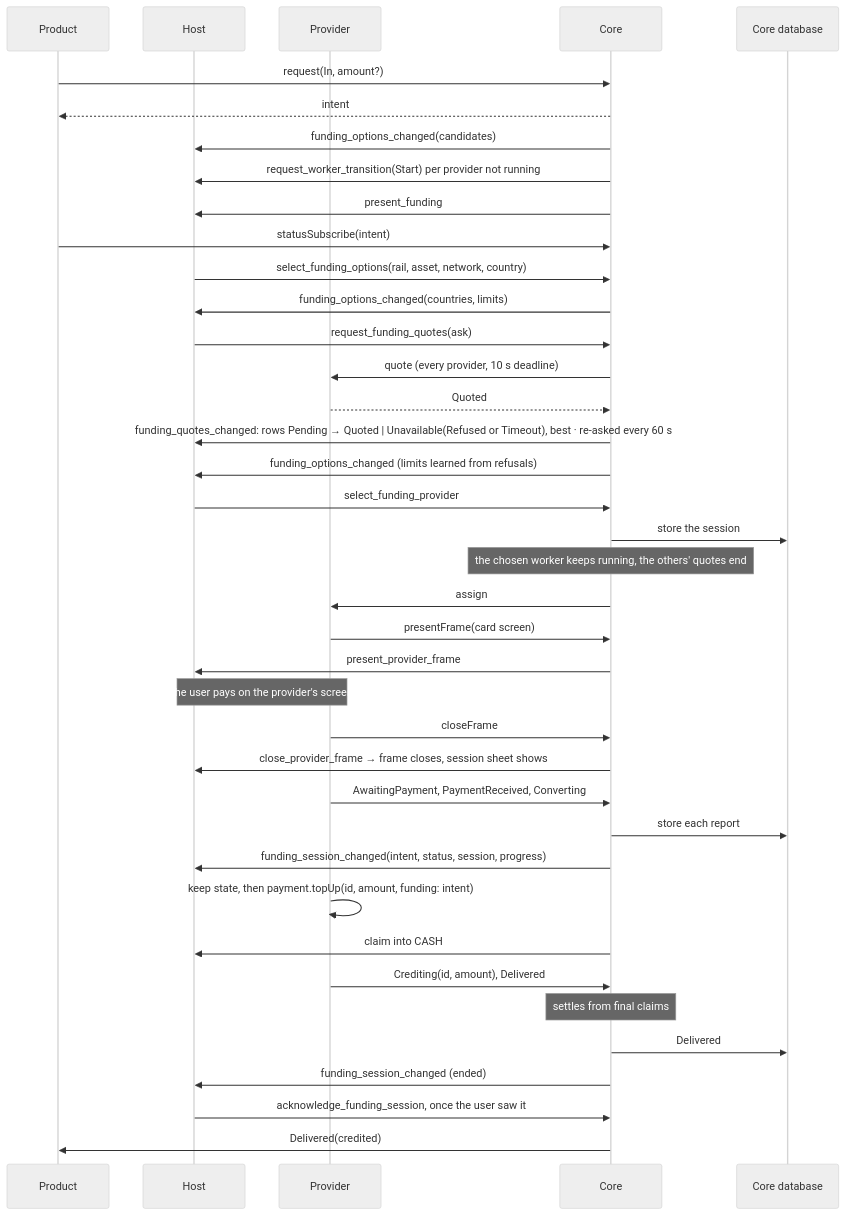
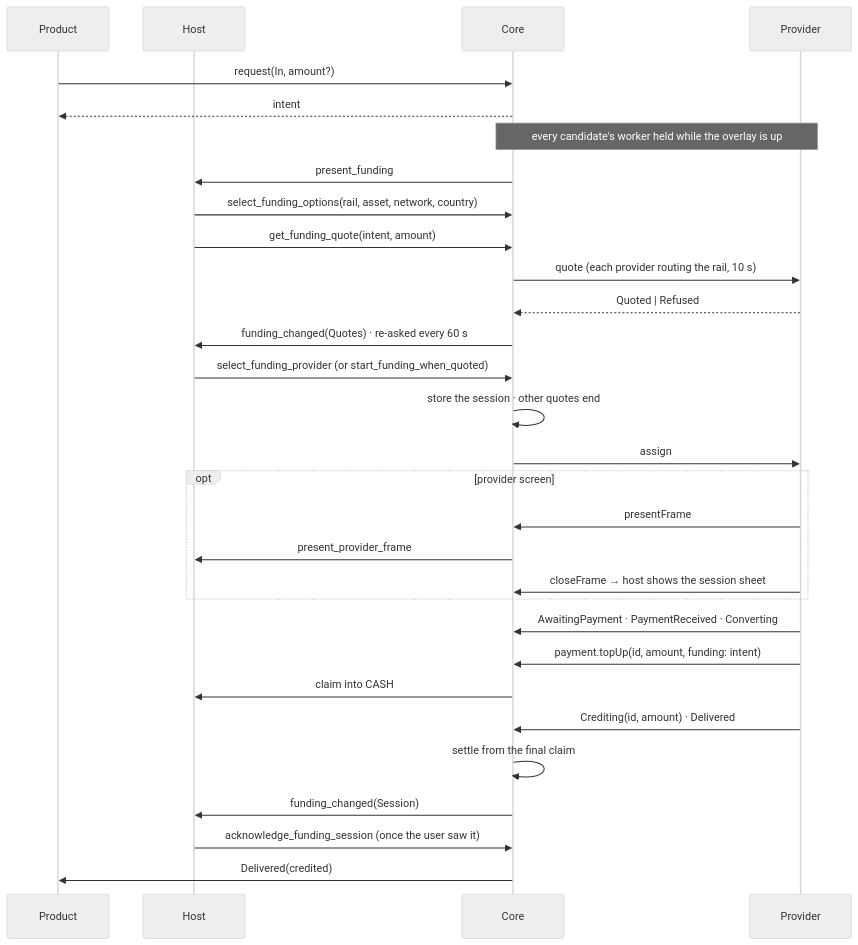
One commit to paritytech/trinity-user-agents changed the fourth of 10 diagrams in docs/design/funding-modality.md. Above: the diagram before and after it, drawn with Mermaid (neutral theme). The commit also changed other lines of this file and 1 other file, not shown here.

Commit message:
docs(funding): schematics first, host reads back what changed

````diff
--- a/docs/design/funding-modality.md
+++ b/docs/design/funding-modality.md
@@ -105,41 +98,32 @@
 ```mermaid
 sequenceDiagram
   participant P as Product
   participant H as Host
+  participant C as Core
   participant W as Provider
-  participant C as Core
-  participant D as Core database
   P->>C: request(In, amount?)
   C-->>P: intent
-  C->>H: funding_options_changed(candidates)
-  C->>H: request_worker_transition(Start) per provider not running
+  Note over C,W: every candidate's worker held while the overlay is up
   C->>H: present_funding
-  P->>C: statusSubscribe(intent)
   H->>C: select_funding_options(rail, asset, network, country)
-  C->>H: funding_options_changed(countries, limits)
-  H->>C: request_funding_quotes(ask)
-  C->>W: quote (every provider, 10 s deadline)
-  W-->>C: Quoted
-  C->>H: funding_quotes_changed: rows Pending → Quoted | Unavailable(Refused or Timeout), best · re-asked every 60 s
-  C->>H: funding_options_changed (limits learned from refusals)
-  H->>C: select_funding_provider
-  C->>D: store the session
-  Note over C: the chosen worker keeps running, the others' quotes end
+  H->>C: get_funding_quote(intent, amount)
+  C->>W: quote (each provider routing the rail, 10 s)
+  W-->>C: Quoted | Refused
+  C->>H: funding_changed(Quotes) · re-asked every 60 s
+  H->>C: select_funding_provider (or start_funding_when_quoted)
+  C->>C: store the session · other quotes end
   C->>W: assign
-  W->>C: presentFrame(card screen)
-  C->>H: present_provider_frame
-  Note over H,W: the user pays on the provider's screen
-  W->>C: closeFrame
-  C->>H: close_provider_frame → frame closes, session sheet shows
-  W->>C: AwaitingPayment, PaymentReceived, Converting
-  C->>D: store each report
-  C->>H: funding_session_changed(intent, status, session, progress)
-  W->>W: keep state, then payment.topUp(id, amount, funding: intent)
+  opt provider screen
+    W->>C: presentFrame
+    C->>H: present_provider_frame
+    W->>C: closeFrame → host shows the session sheet
+  end
+  W->>C: AwaitingPayment · PaymentReceived · Converting
+  W->>C: payment.topUp(id, amount, funding: intent)
   C->>H: claim into CASH
-  W->>C: Crediting(id, amount), Delivered
-  Note over C: settles from final claims
-  C->>D: Delivered
-  C->>H: funding_session_changed (ended)
-  H->>C: acknowledge_funding_session, once the user saw it
+  W->>C: Crediting(id, amount) · Delivered
+  C->>C: settle from the final claim
+  C->>H: funding_changed(Session)
+  H->>C: acknowledge_funding_session (once the user saw it)
   C->>P: Delivered(credited)
 ```
````
